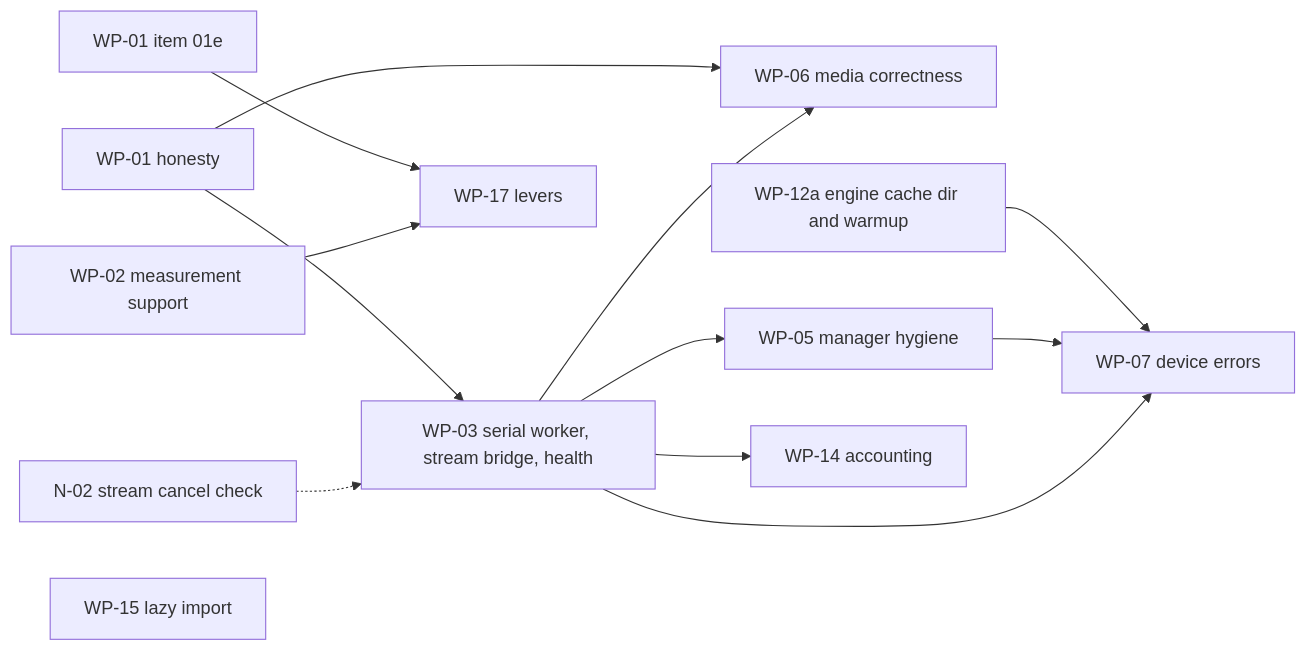
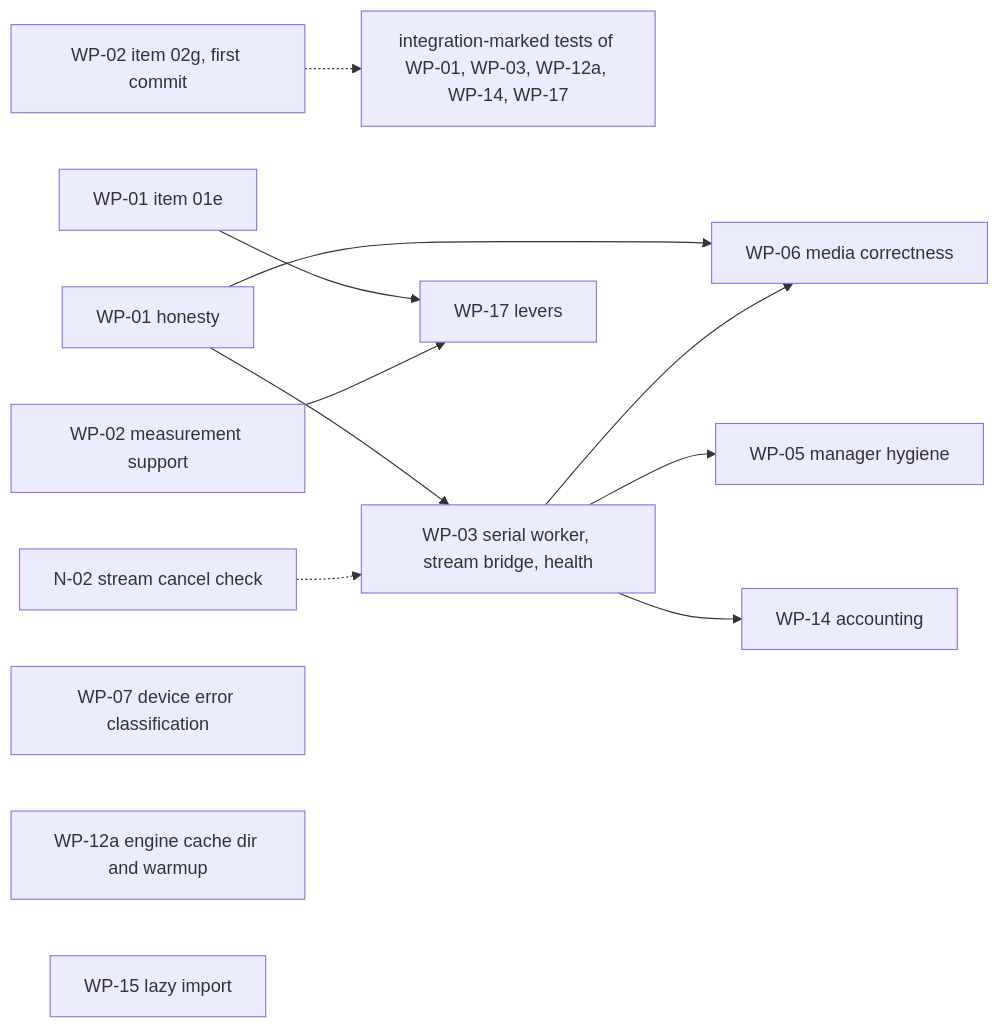
One commit to techdeveloper-org/intel-arc-models-runner changed the diagram in docs/plans/MASTER_PLAN_v4.md. Above: the diagram before and after it, drawn with Mermaid. The commit also changed other lines of this file and 3 other files, not shown here.

````diff
--- a/docs/plans/MASTER_PLAN_v4.md
+++ b/docs/plans/MASTER_PLAN_v4.md
@@ -1425,15 +1413,15 @@
 ```mermaid
 flowchart LR
+  WP02g["WP-02 item 02g, first commit"] -.-> WPint["integration-marked tests of WP-01, WP-03, WP-12a, WP-14, WP-17"]
   WP01["WP-01 honesty"] --> WP03["WP-03 serial worker, stream bridge, health"]
   WP01 --> WP06["WP-06 media correctness"]
   WP03 --> WP06
   WP01e["WP-01 item 01e"] --> WP17["WP-17 levers"]
   WP02["WP-02 measurement support"] --> WP17
-  WP12a["WP-12a engine cache dir and warmup"] --> WP07["WP-07 device errors"]
   N02["N-02 stream cancel check"] -.-> WP03
   WP03 --> WP05["WP-05 manager hygiene"]
-  WP05 --> WP07
-  WP03 --> WP07
   WP03 --> WP14["WP-14 accounting"]
+  WP07["WP-07 device error classification"]
+  WP12a["WP-12a engine cache dir and warmup"]
   WP15["WP-15 lazy import"]
 ```
````
